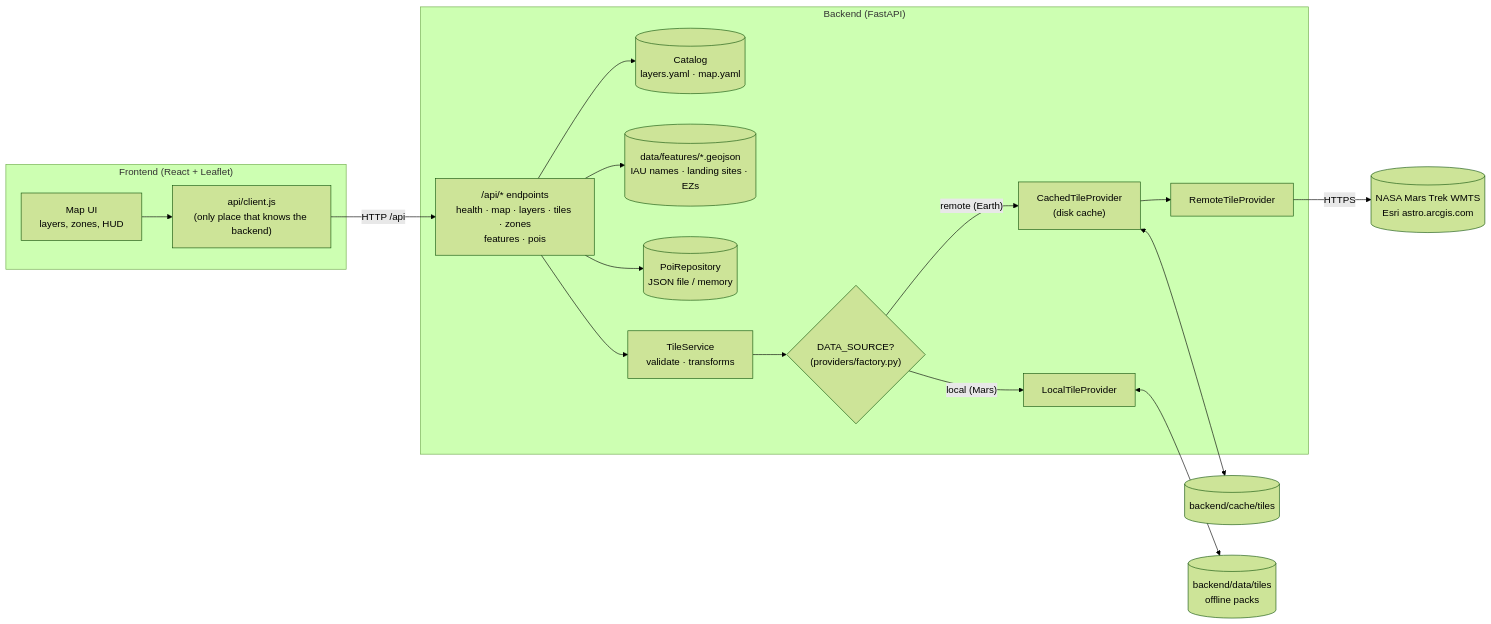
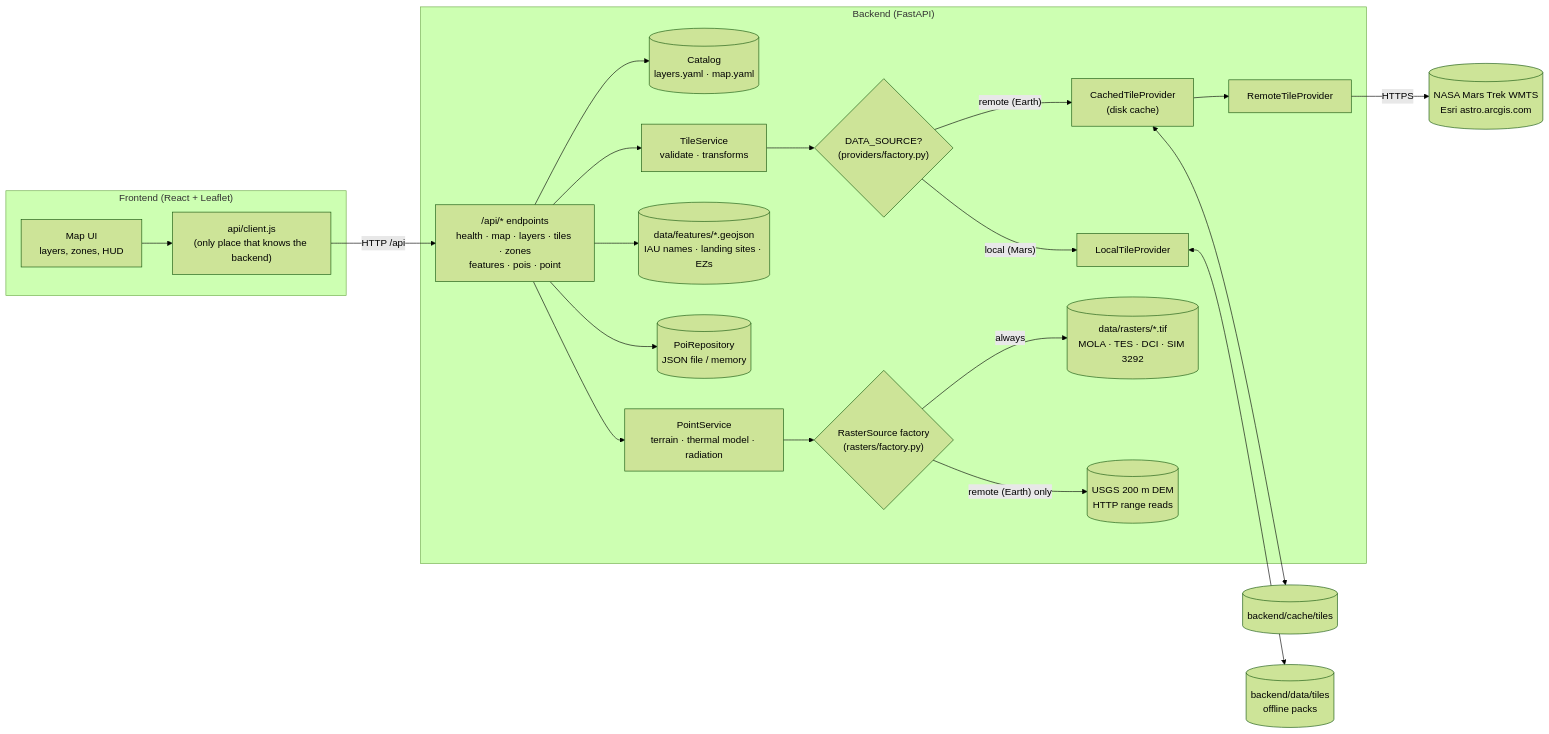
The diagram in README.md (JorgeGomezSanchez/Arturo), drawn with Mermaid (forest theme) before and after one commit. The commit also changed other lines of this file and 4 other files, not shown here.

First line of the commit message:
docs: phase 2 status, architecture, data sources and limitations

````diff
--- a/README.md
+++ b/README.md
@@ -113,31 +143,37 @@
 ```mermaid
 flowchart LR
     subgraph Browser["Frontend (React + Leaflet)"]
         UI["Map UI<br/>layers, zones, HUD"]
         CLIENT["api/client.js<br/>(only place that knows the backend)"]
         UI --> CLIENT
     end
 
     subgraph Backend["Backend (FastAPI)"]
-        API["/api/* endpoints<br/>health · map · layers · tiles · zones<br/>features · pois"]
+        API["/api/* endpoints<br/>health · map · layers · tiles · zones<br/>features · pois · point"]
+        PSVC["PointService<br/>terrain · thermal model · radiation"]
+        RFACT{"RasterSource factory<br/>(rasters/factory.py)"}
+        RLOCAL[("data/rasters/*.tif<br/>MOLA · TES · DCI · SIM 3292")]
         CAT[("Catalog<br/>layers.yaml · map.yaml")]
         FEAT[("data/features/*.geojson<br/>IAU names · landing sites · EZs")]
         POIS[("PoiRepository<br/>JSON file / memory")]
         SVC["TileService<br/>validate · transforms"]
         FACT{"DATA_SOURCE?<br/>(providers/factory.py)"}
         REMOTE["RemoteTileProvider"]
         CACHE["CachedTileProvider<br/>(disk cache)"]
         LOCAL["LocalTileProvider"]
         API --> CAT
         API --> SVC --> FACT
         API --> FEAT
         API --> POIS
+        API --> PSVC --> RFACT
+        RFACT -- "always" --> RLOCAL
+        RFACT -- "remote (Earth) only" --> USGS[("USGS 200 m DEM<br/>HTTP range reads")]
         FACT -- "remote (Earth)" --> CACHE --> REMOTE
         FACT -- "local (Mars)" --> LOCAL
     end
 
     CLIENT -- "HTTP /api" --> API
     REMOTE -- "HTTPS" --> NASA[("NASA Mars Trek WMTS<br/>Esri astro.arcgis.com")]
     CACHE <--> DISK1[("backend/cache/tiles")]
     LOCAL <--> DISK2[("backend/data/tiles<br/>offline packs")]
 ```
````
